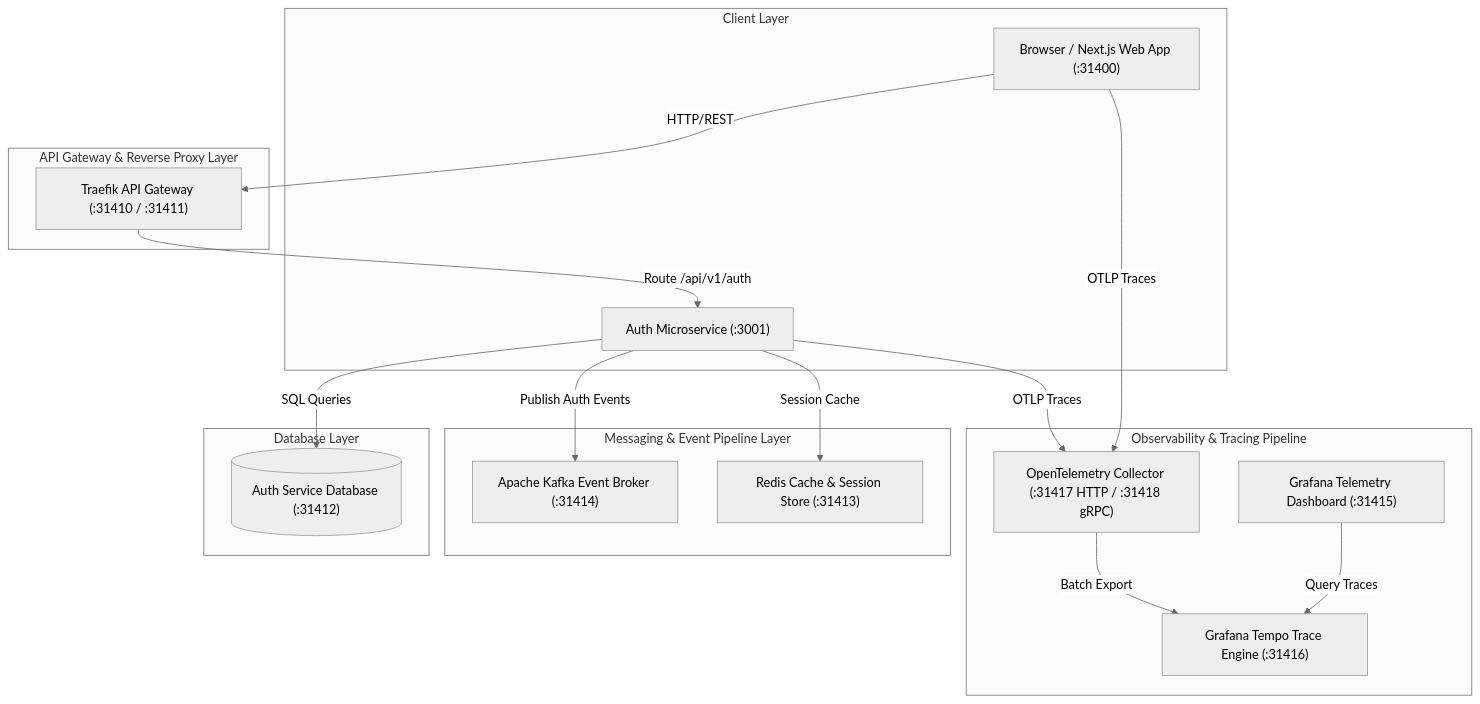
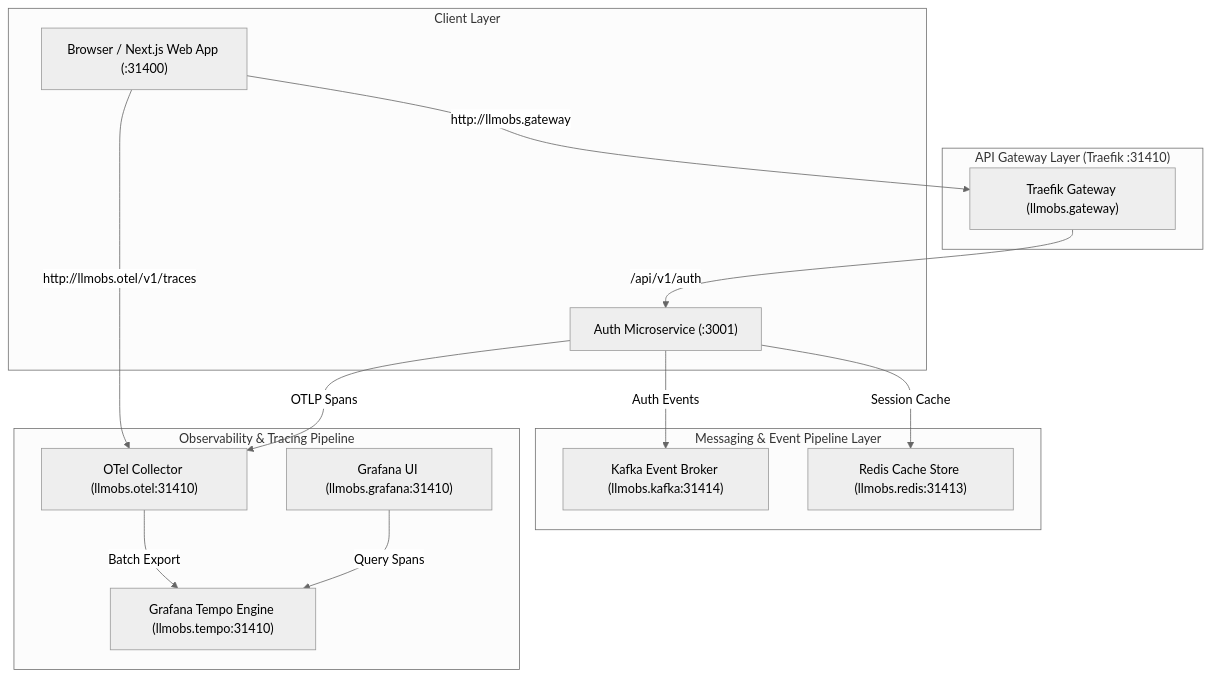
One commit to Chief-Strategist-J/llm-observability-platform changed the first of 2 diagrams in packages/node/frontend-deployment/README.md. Above: the diagram before and after it, drawn with Mermaid (neutral theme). The commit also changed other lines of this file and 1 other file, not shown here.

Commit message:
feat(deployment): add Traefik custom domain gateway routing and README clickable URL matrix

````diff
--- a/packages/node/frontend-deployment/README.md
+++ b/packages/node/frontend-deployment/README.md
@@ -11,41 +33,34 @@
 ```mermaid
 flowchart TD
     subgraph Clients["Client Layer"]
         Browser["Browser / Next.js Web App (:31400)"]
         AuthApp["Auth Microservice (:3001)"]
     end
 
-    subgraph GatewayLayer["API Gateway & Reverse Proxy Layer"]
-        Traefik["Traefik API Gateway (:31410 / :31411)"]
+    subgraph GatewayLayer["API Gateway Layer (Traefik :31410)"]
+        Traefik["Traefik Gateway (llmobs.gateway)"]
     end
 
     subgraph MessagingLayer["Messaging & Event Pipeline Layer"]
-        Kafka["Apache Kafka Event Broker (:31414)"]
-        Redis["Redis Cache & Session Store (:31413)"]
+        Kafka["Kafka Event Broker (llmobs.kafka:31414)"]
+        Redis["Redis Cache Store (llmobs.redis:31413)"]
     end
 
     subgraph TelemetryPipeline["Observability & Tracing Pipeline"]
-        OTel["OpenTelemetry Collector (:31417 HTTP / :31418 gRPC)"]
-        Tempo["Grafana Tempo Trace Engine (:31416)"]
-        Grafana["Grafana Telemetry Dashboard (:31415)"]
+        OTel["OTel Collector (llmobs.otel:31410)"]
+        Tempo["Grafana Tempo Engine (llmobs.tempo:31410)"]
+        Grafana["Grafana UI (llmobs.grafana:31410)"]
     end
 
-    subgraph ServiceDB["Database Layer"]
-        AuthDB[("Auth Service Database (:31412)")]
-    end
-
-    %% Client traffic flow
-    Browser -->|HTTP/REST| Traefik
-    Traefik -->|Route /api/v1/auth| AuthApp
-    AuthApp -->|SQL Queries| AuthDB
-
-    %% Event & Session messaging flow
-    AuthApp -->|Publish Auth Events| Kafka
+    %% Routing
+    Browser -->|http://llmobs.gateway| Traefik
+    Traefik -->|/api/v1/auth| AuthApp
+    AuthApp -->|Auth Events| Kafka
     AuthApp -->|Session Cache| Redis
 
-    %% Telemetry pipeline flow
-    Browser -->|OTLP Traces| OTel
-    AuthApp -->|OTLP Traces| OTel
+    %% Telemetry
+    Browser -->|http://llmobs.otel/v1/traces| OTel
+    AuthApp -->|OTLP Spans| OTel
     OTel -->|Batch Export| Tempo
-    Grafana -->|Query Traces| Tempo
+    Grafana -->|Query Spans| Tempo
 ```
````
